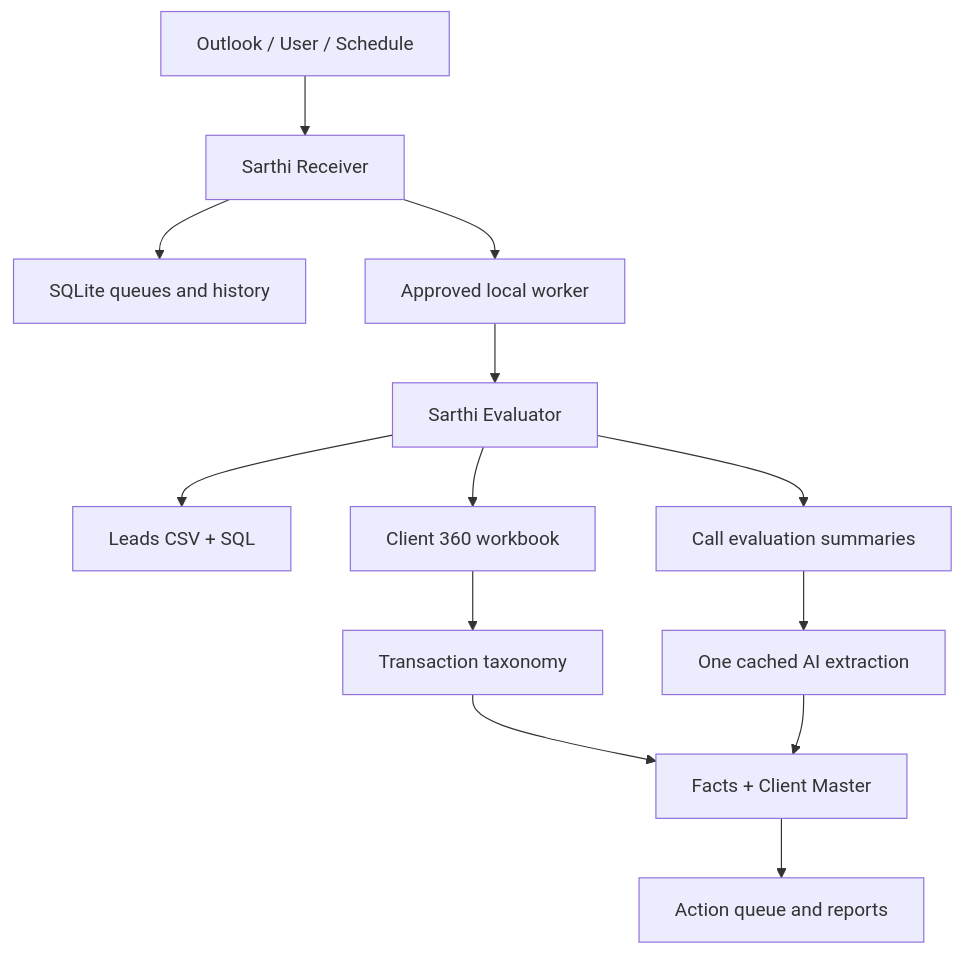
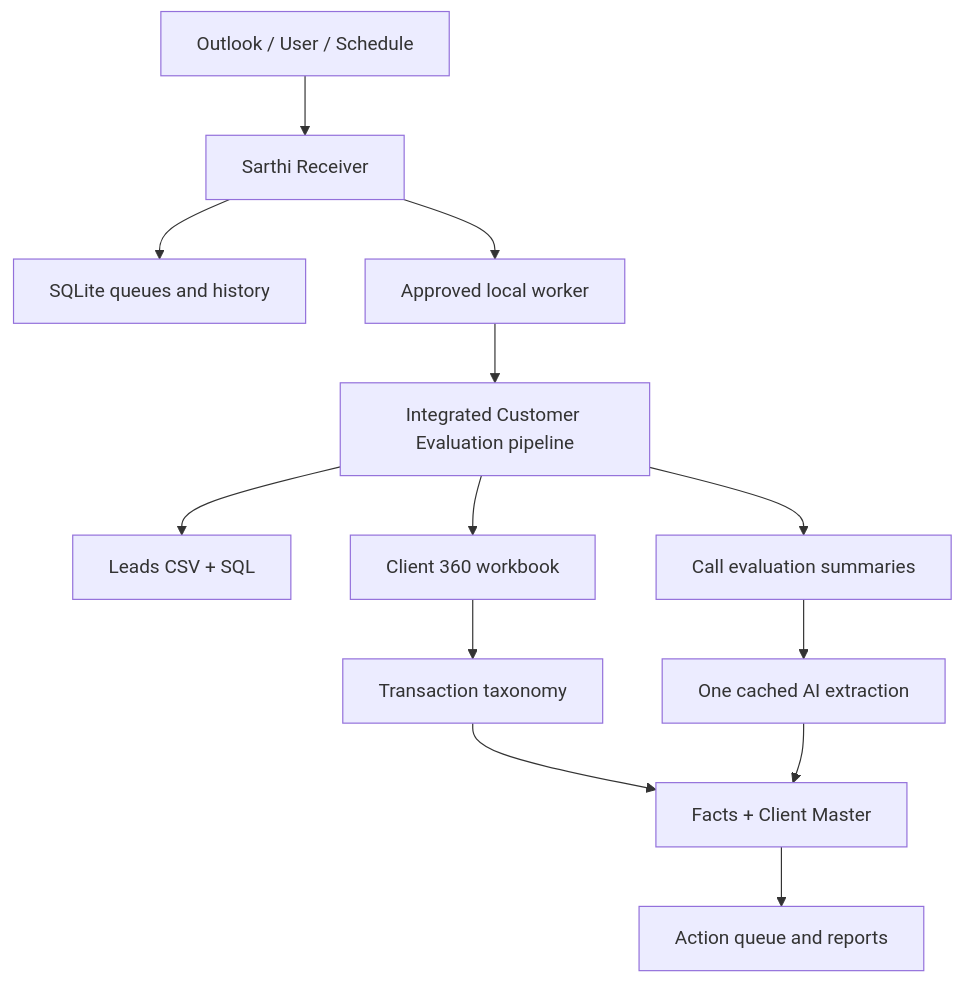
One commit to vikssamsung-coder/Sarthireceiver changed the diagram in docs/PROJECT_SPECIFICATION.md. Above: the diagram before and after it, drawn with Mermaid. The commit also changed other lines of this file, not shown here.

Commit message:
Update project specification for integrated pipeline

````diff
--- a/docs/PROJECT_SPECIFICATION.md
+++ b/docs/PROJECT_SPECIFICATION.md
@@ -101,15 +103,15 @@
 ```mermaid
 flowchart TD
     A["Outlook / User / Schedule"] --> B["Sarthi Receiver"]
     B --> C["SQLite queues and history"]
     B --> D["Approved local worker"]
-    D --> E["Sarthi Evaluator"]
+    D --> E["Integrated Customer Evaluation pipeline"]
     E --> F["Leads CSV + SQL"]
     E --> G["Call evaluation summaries"]
     E --> H["Client 360 workbook"]
     H --> I["Transaction taxonomy"]
     G --> J["One cached AI extraction"]
     I --> K["Facts + Client Master"]
     J --> K
     K --> L["Action queue and reports"]
 ```
````
